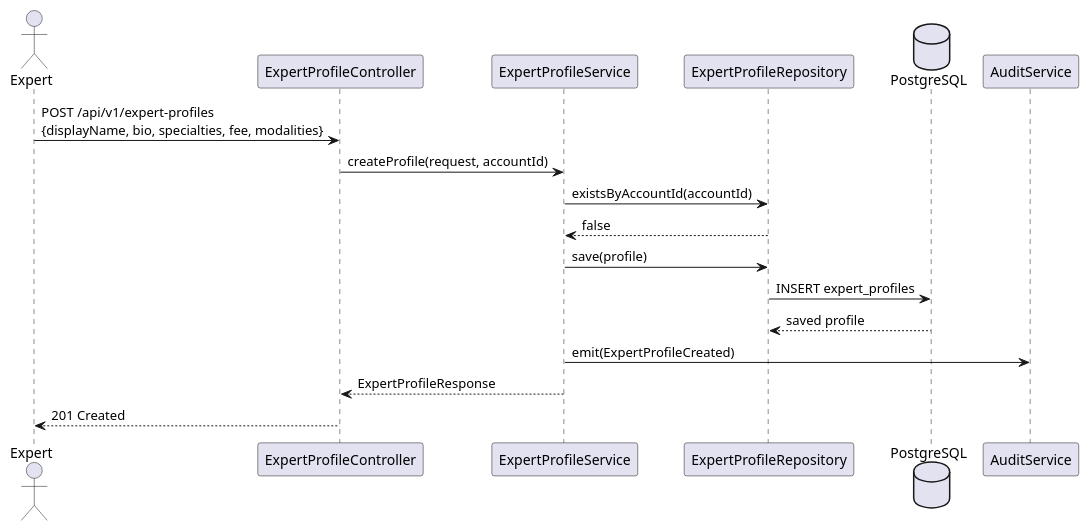
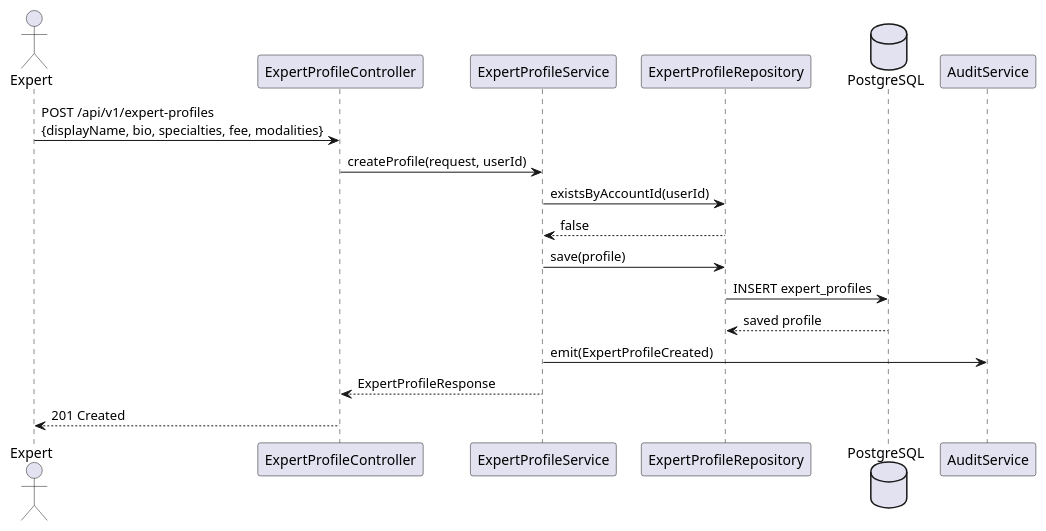
The second of 3 diagrams in 04_Implement/UC87_CreateExpertProfile/UC87_CreateExpertProfile_TDS.md (ChuongBDHE172784/CareBridge_SEP490_G79), drawn with PlantUML before and after one commit. The commit also changed other lines of this file and 7 other files, not shown here.

````diff
--- a/04_Implement/UC87_CreateExpertProfile/UC87_CreateExpertProfile_TDS.md
+++ b/04_Implement/UC87_CreateExpertProfile/UC87_CreateExpertProfile_TDS.md
@@ -185,21 +190,21 @@
 ```plantuml
 @startuml CreateExpertProfile_Happy
 actor "Expert" as E
 participant "ExpertProfileController" as C
 participant "ExpertProfileService" as S
 participant "ExpertProfileRepository" as R
 database "PostgreSQL" as DB
 participant "AuditService" as A
 
 E -> C : POST /api/v1/expert-profiles\n{displayName, bio, specialties, fee, modalities}
-C -> S : createProfile(request, accountId)
-S -> R : existsByAccountId(accountId)
+C -> S : createProfile(request, userId)
+S -> R : existsByAccountId(userId)
 R --> S : false
 S -> R : save(profile)
 R -> DB : INSERT expert_profiles
 DB --> R : saved profile
 S -> A : emit(ExpertProfileCreated)
 S --> C : ExpertProfileResponse
 C --> E : 201 Created
 @enduml
 ```
````
